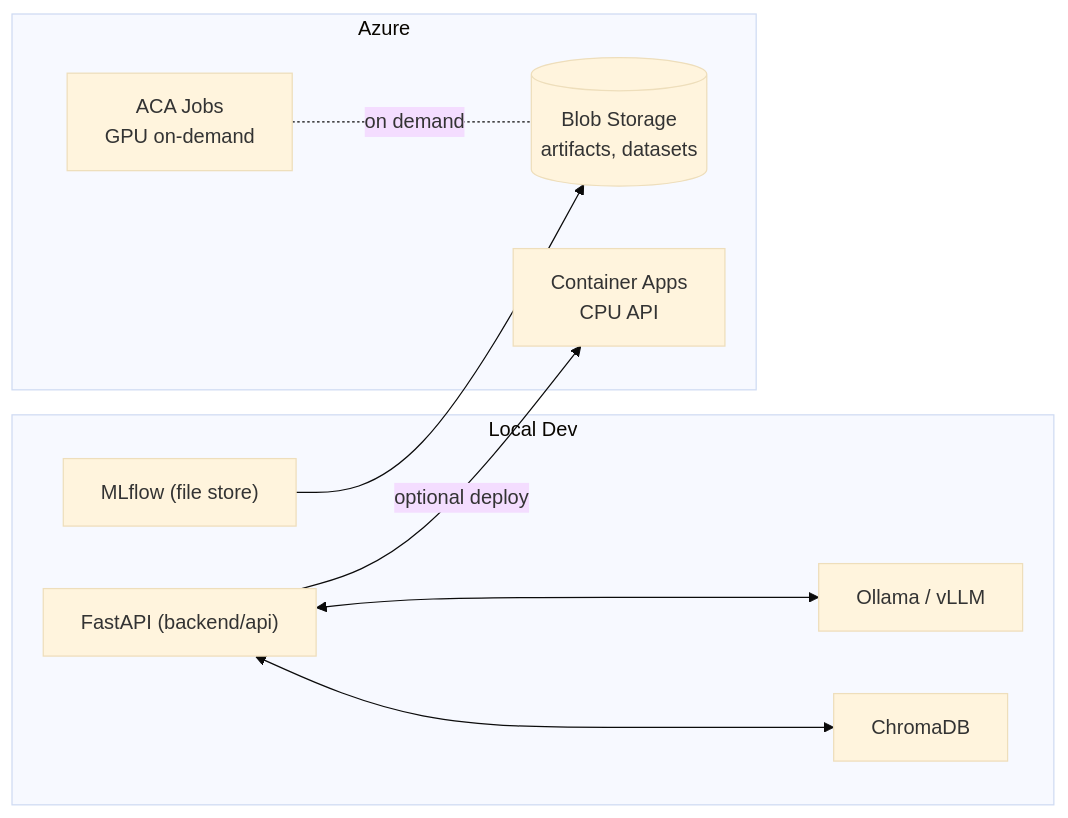
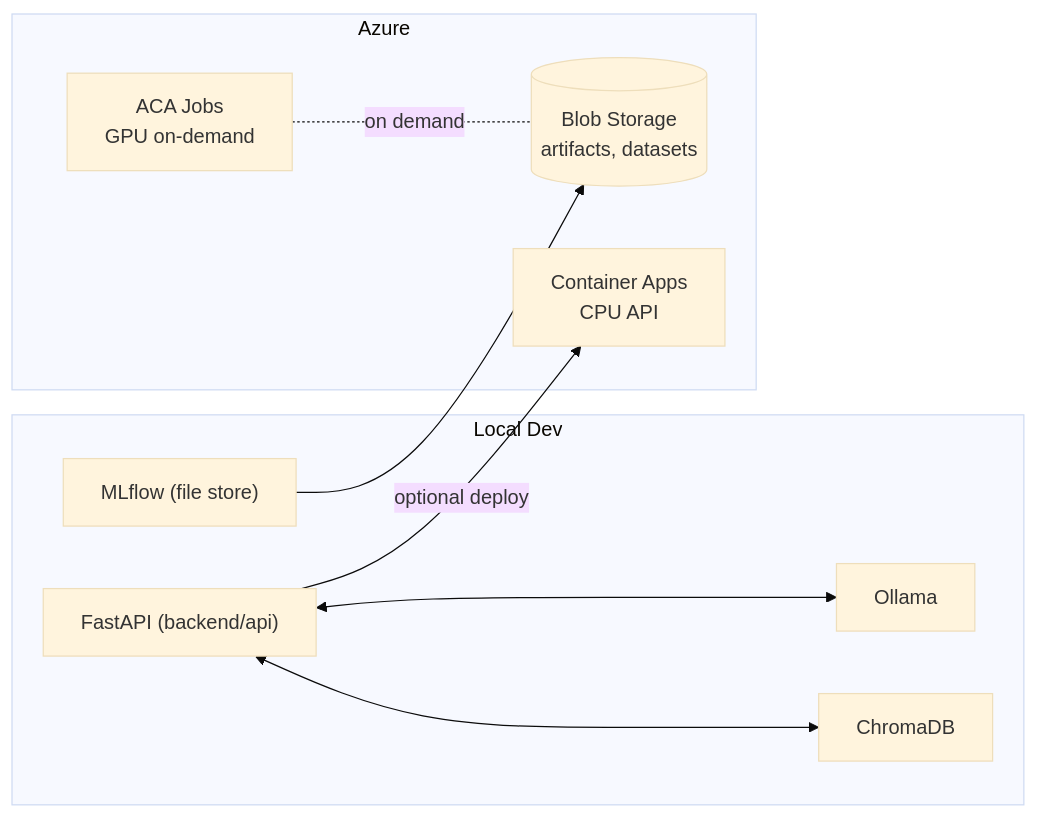
Before and after one commit to devgoon/llmops-azure: the diagram in README.md, drawn with Mermaid (base theme). The commit also changed other lines of this file and 3 other files, not shown here.

````diff
--- a/README.md
+++ b/README.md
@@ -177,21 +176,21 @@
 ```mermaid
 flowchart LR
   subgraph Local[Local Dev]
-    OLL["Ollama / vLLM"]
+    OLL["Ollama"]
     APP["FastAPI (backend/api)"]
     VEC["ChromaDB"]
     MLF["MLflow (file store)"]
   end
 
   subgraph Azure[Azure]
     BLOB[("Blob Storage<br/>artifacts, datasets")]
     ACA["Container Apps<br/>CPU API"]
     JOB["ACA Jobs<br/>GPU on-demand"]
   end
 
   APP <---> OLL
   APP <---> VEC
   APP -->|optional deploy| ACA
   MLF --> BLOB
   JOB -. on demand .- BLOB
 ```
````
